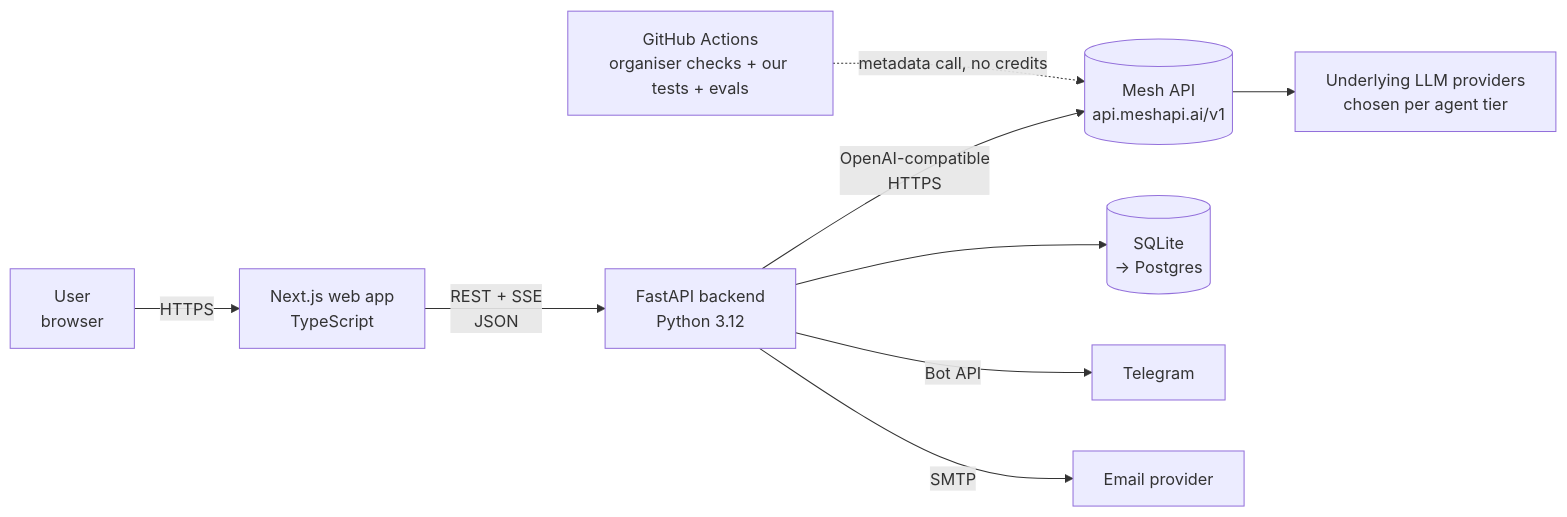
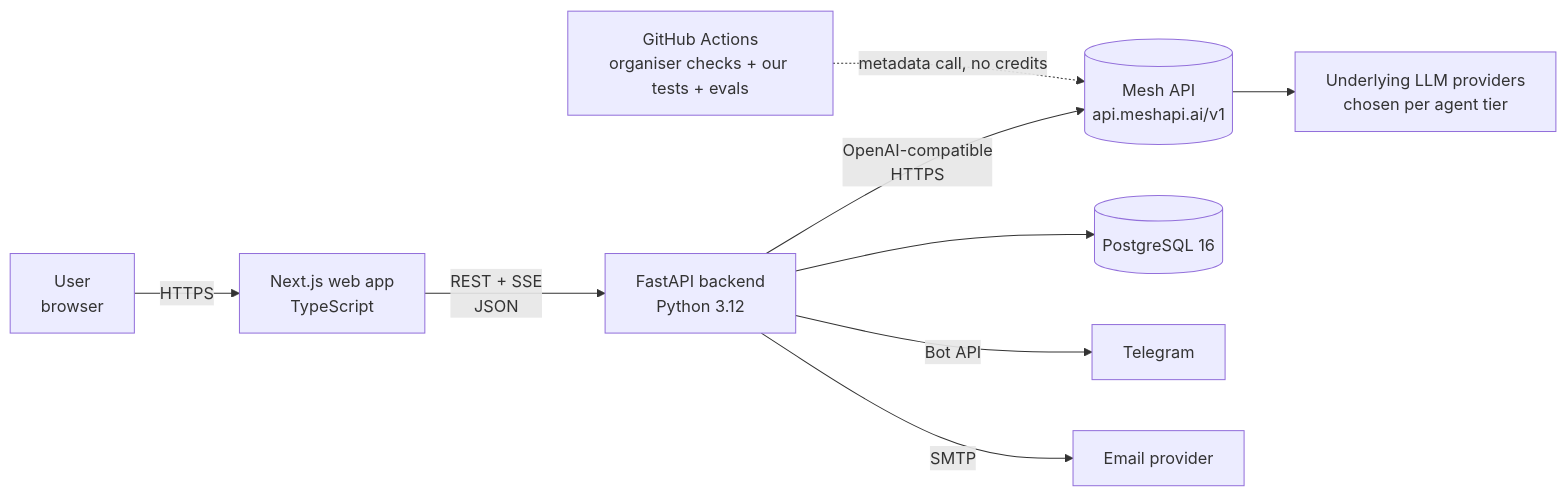
One commit to olaheavy-dev/Foresight changed the first of 7 diagrams in docs/05-SYSTEM-ARCHITECTURE.md. Above: the diagram before and after it, drawn with Mermaid. The commit also changed other lines of this file and 8 other files, not shown here.

First line of the commit message:
Switch to PostgreSQL everywhere and deploy on the owner's VPS (rev 5.2)

````diff
--- a/docs/05-SYSTEM-ARCHITECTURE.md
+++ b/docs/05-SYSTEM-ARCHITECTURE.md
@@ -26,11 +26,11 @@
 ```mermaid
 flowchart LR
     U[User<br/>browser] -->|HTTPS| WEB[Next.js web app<br/>TypeScript]
     WEB -->|REST + SSE<br/>JSON| API[FastAPI backend<br/>Python 3.12]
     API -->|OpenAI-compatible<br/>HTTPS| MESH[(Mesh API<br/>api.meshapi.ai/v1)]
-    API --> DB[(SQLite<br/>→ Postgres)]
+    API --> DB[(PostgreSQL 16)]
     API -->|Bot API| TG[Telegram]
     API -->|SMTP| MAIL[Email provider]
     MESH --> LLMS[Underlying LLM providers<br/>chosen per agent tier]
     CI[GitHub Actions<br/>organiser checks + our tests + evals] -.->|metadata call, no credits| MESH
 ```
````
